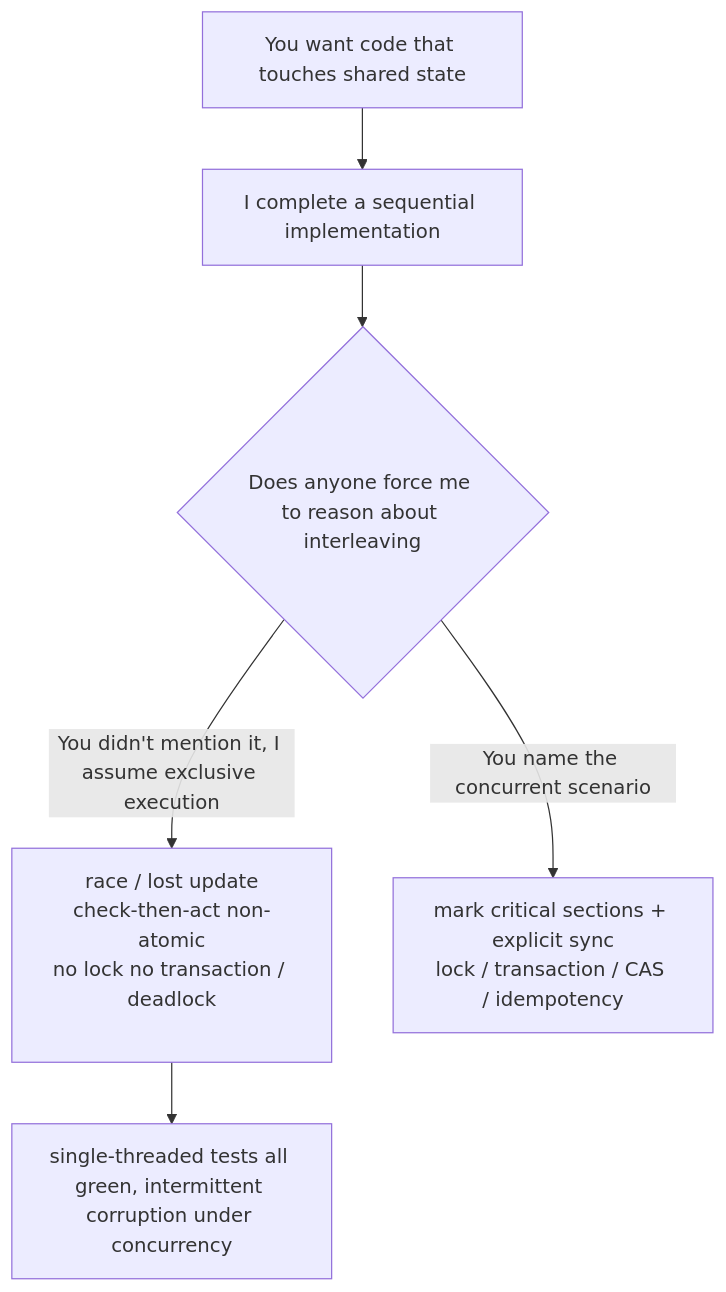
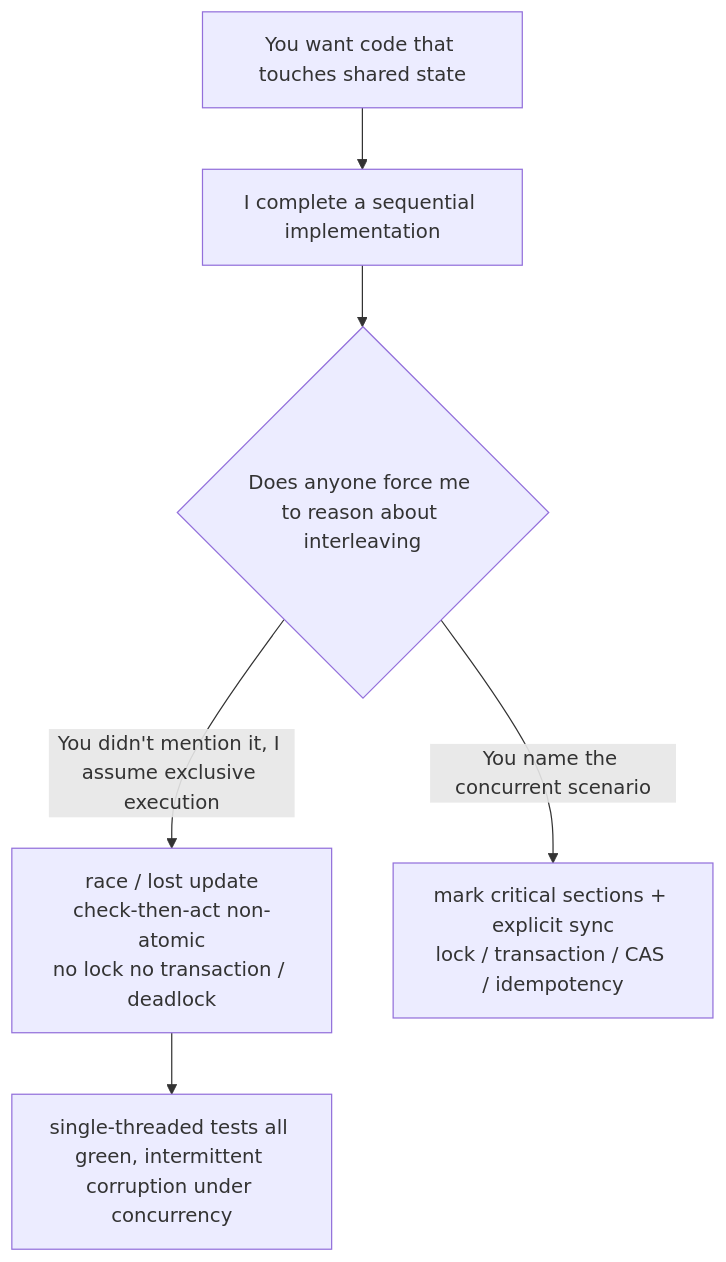
The diagram in i18n/en/docusaurus-plugin-content-docs/current/04-detailed-design/concurrency-races.mdx (XuebinMa/AIWiki), drawn with Mermaid before and after one commit. The commit also changed 99 other files, not shown here.

First line of the commit message:
fix(mermaid): 全局根治节点文字裁切（htmlLabels:false + 清理 br/nbsp 占位）(#26)

````diff
--- a/i18n/en/docusaurus-plugin-content-docs/current/04-detailed-design/concurrency-races.mdx
+++ b/i18n/en/docusaurus-plugin-content-docs/current/04-detailed-design/concurrency-races.mdx
@@ -40,8 +40,8 @@
 ```mermaid
 flowchart TD
     A[You want code that touches shared state] --> B[I complete a sequential implementation]
     B --> C{Does anyone force me to reason about interleaving}
-    C -->|You didn't mention it, I assume exclusive execution| D["race / lost update<br/>check-then-act non-atomic<br/>no lock no transaction / deadlock<br/>&nbsp;"]
+    C -->|You didn't mention it, I assume exclusive execution| D["race / lost update<br/>check-then-act non-atomic<br/>no lock no transaction / deadlock"]
     C -->|You name the concurrent scenario| E[mark critical sections + explicit sync<br/>lock / transaction / CAS / idempotency]
     D --> F[single-threaded tests all green, intermittent corruption under concurrency]
 ```
````
